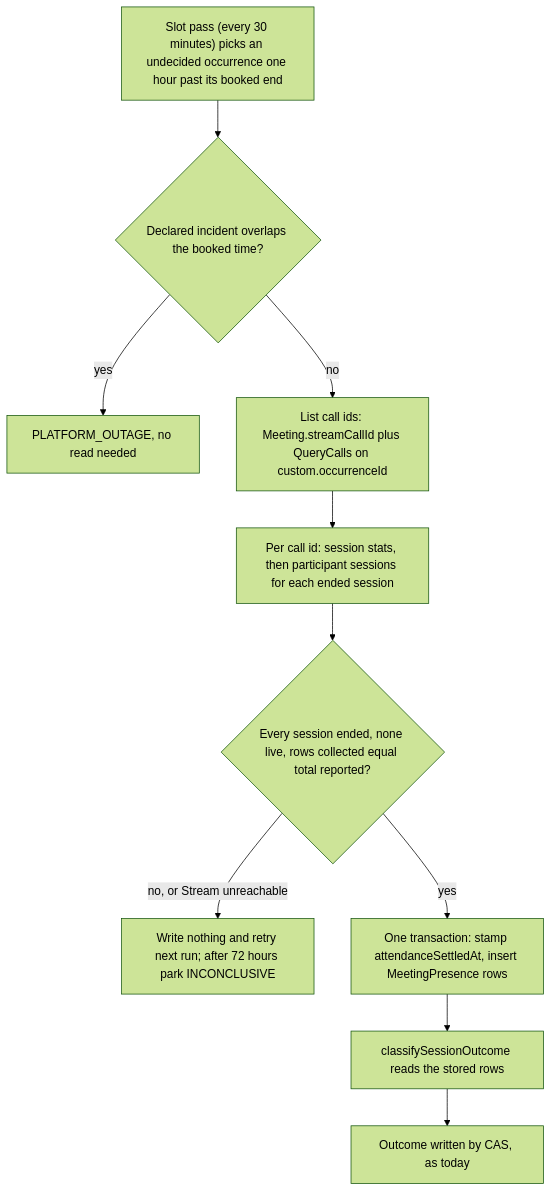
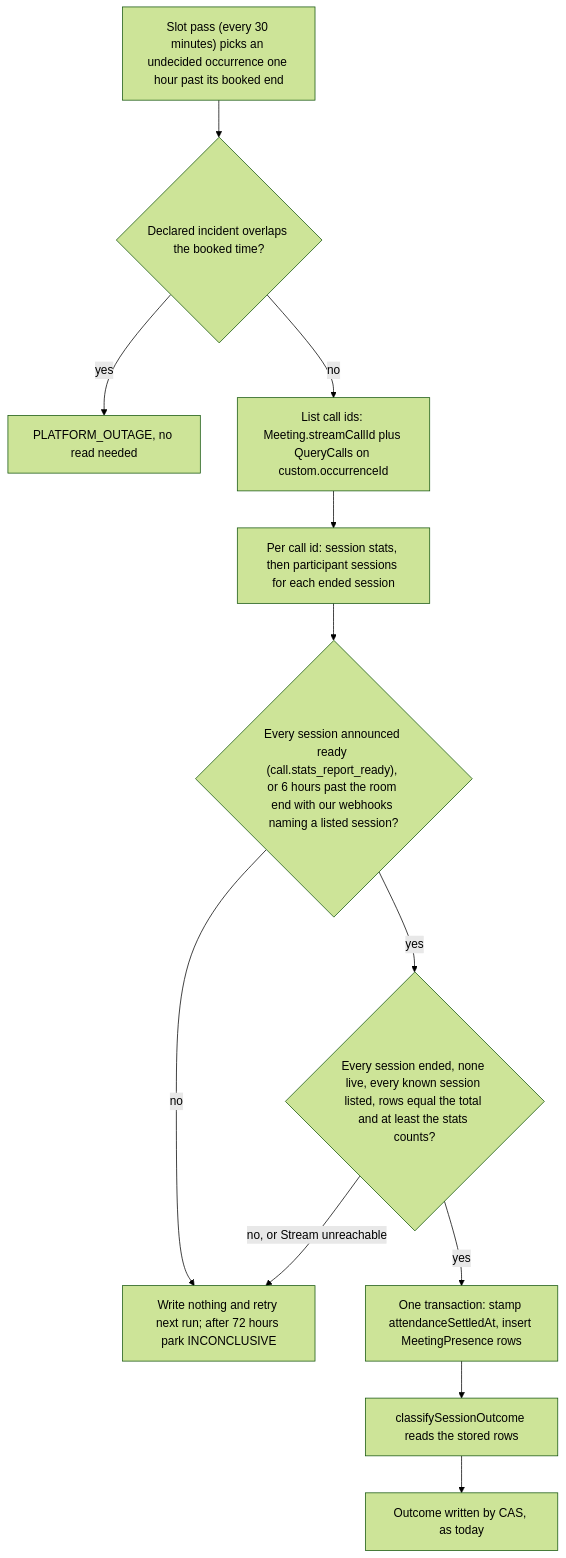
The diagram in docs/decisions/2026-11-22-session-outcomes-from-settled-stream-record.md (Practitionist/familiarise_web), drawn with Mermaid (forest theme) before and after one commit. The commit also changed other lines of this file and 7 other files, not shown here.

First line of the commit message:
fix(attendance): the outcome is judged with the end the room holds after the settle, and a late-settled no-show still reaches the detector

````diff
--- a/docs/decisions/2026-11-22-session-outcomes-from-settled-stream-record.md
+++ b/docs/decisions/2026-11-22-session-outcomes-from-settled-stream-record.md
@@ -60,12 +61,14 @@
 ```mermaid
 flowchart TD
   A["Slot pass (every 30 minutes) picks an undecided occurrence one hour past its booked end"] --> B{"Declared incident overlaps the booked time?"}
   B -- "yes" --> P["PLATFORM_OUTAGE, no read needed"]
   B -- "no" --> C["List call ids: Meeting.streamCallId plus QueryCalls on custom.occurrenceId"]
   C --> D["Per call id: session stats, then participant sessions for each ended session"]
-  D --> E{"Every session ended, none live, rows collected equal total reported?"}
-  E -- "no, or Stream unreachable" --> F["Write nothing and retry next run; after 72 hours park INCONCLUSIVE"]
+  D --> R{"Every session announced ready (call.stats_report_ready), or 6 hours past the room end with our webhooks naming a listed session?"}
+  R -- "no" --> F["Write nothing and retry next run; after 72 hours park INCONCLUSIVE"]
+  R -- "yes" --> E{"Every session ended, none live, every known session listed, rows equal the total and at least the stats counts?"}
+  E -- "no, or Stream unreachable" --> F
   E -- "yes" --> G["One transaction: stamp attendanceSettledAt, insert MeetingPresence rows"]
   G --> H["classifySessionOutcome reads the stored rows"]
   H --> I["Outcome written by CAS, as today"]
 ```
````
